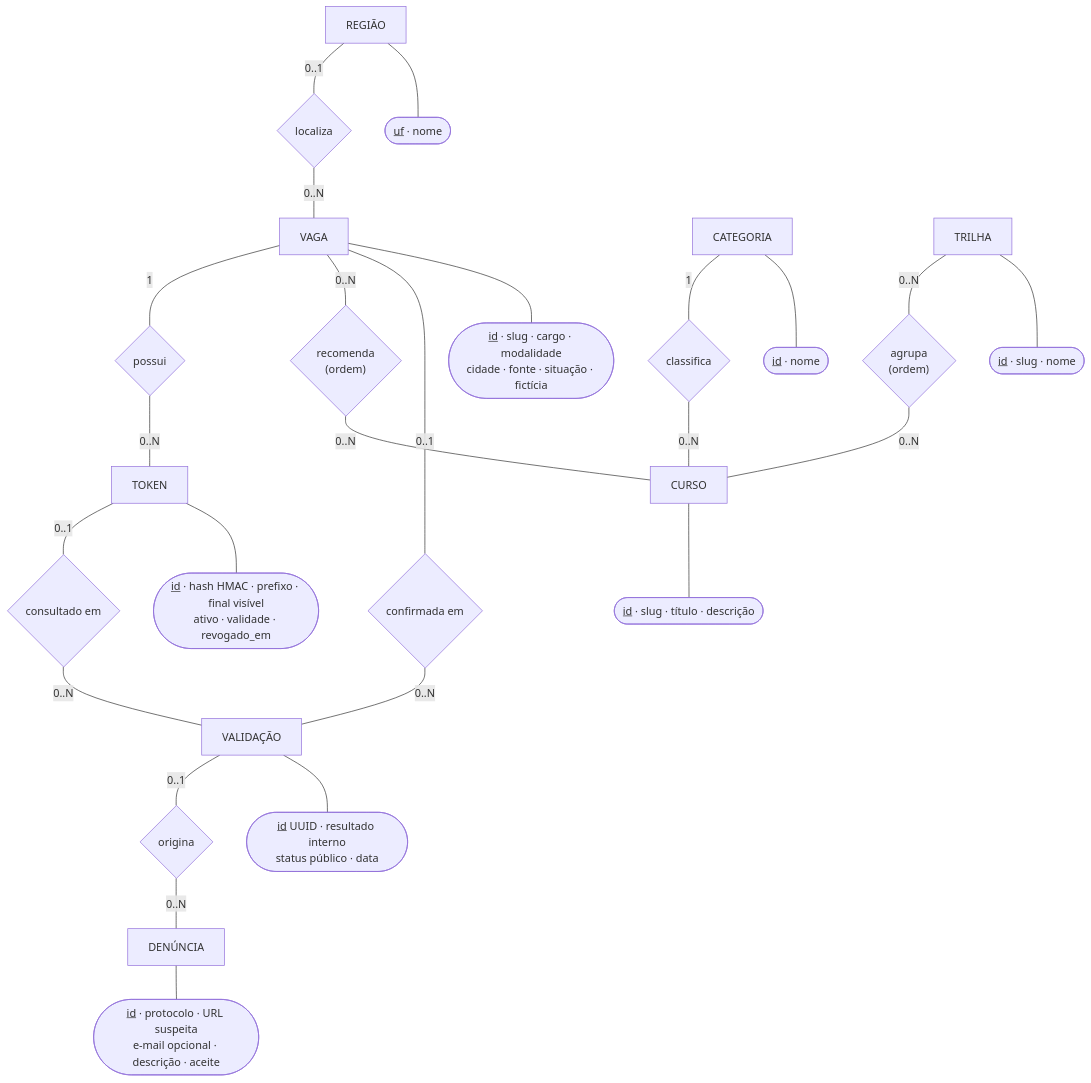
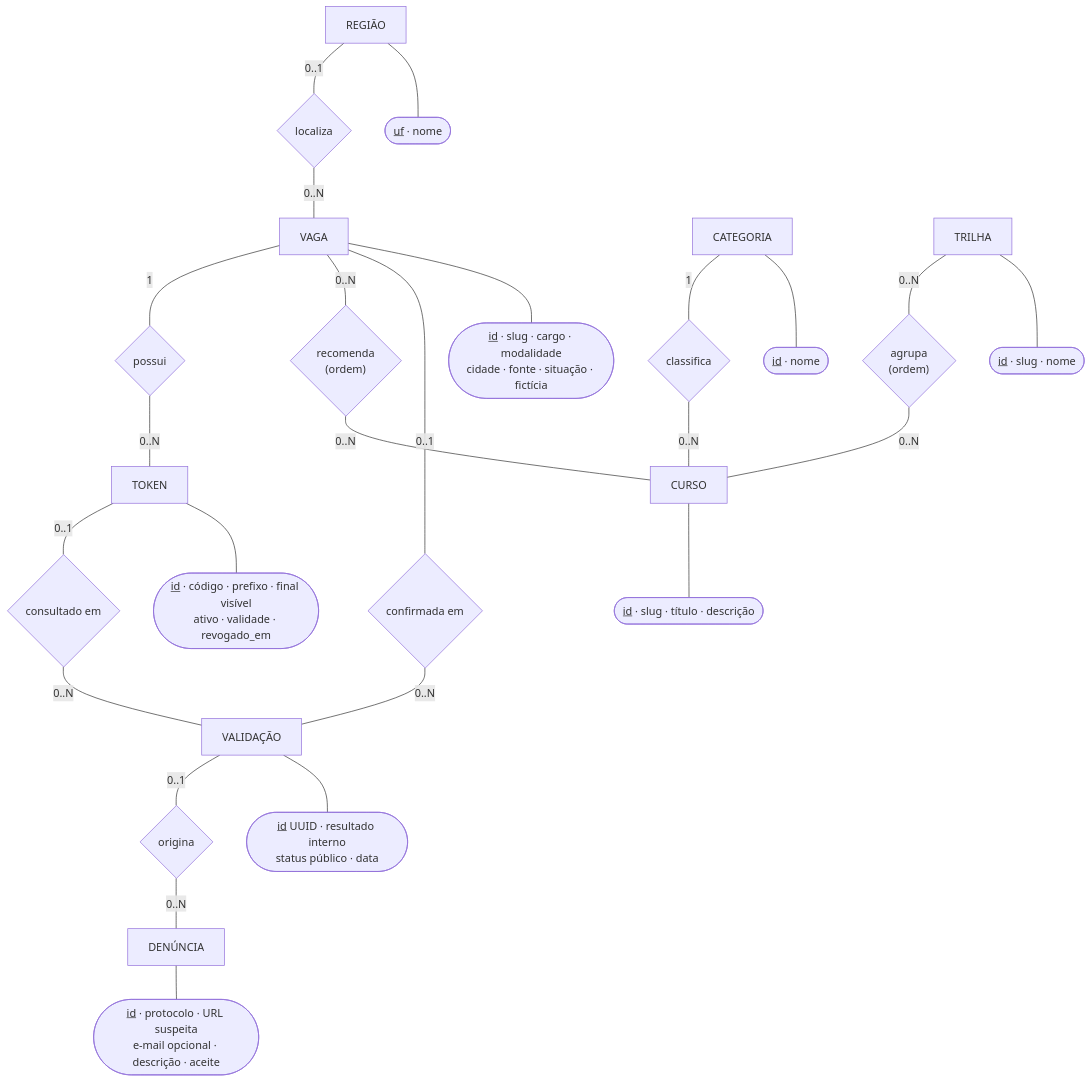
Before and after one commit to Rafael17Wenzel/Antigolpe: the diagram in docs/mer.md, drawn with Mermaid. The commit also changed other lines of this file and 63 other files, not shown here.

````diff
--- a/docs/mer.md
+++ b/docs/mer.md
@@ -11,20 +11,20 @@
 ```mermaid
 flowchart TB
   REG["REGIÃO"] ---|"0..1"| R1{"localiza"} ---|"0..N"| VAG["VAGA"]
   VAG ---|"1"| R2{"possui"} ---|"0..N"| TOK["TOKEN"]
   VAG ---|"0..N"| R3{"recomenda<br/>(ordem)"} ---|"0..N"| CUR["CURSO"]
   CAT["CATEGORIA"] ---|"1"| R4{"classifica"} ---|"0..N"| CUR
   TRI["TRILHA"] ---|"0..N"| R5{"agrupa<br/>(ordem)"} ---|"0..N"| CUR
   TOK ---|"0..1"| R6{"consultado em"} ---|"0..N"| VAL["VALIDAÇÃO"]
   VAG ---|"0..1"| R7{"confirmada em"} ---|"0..N"| VAL
   VAL ---|"0..1"| R8{"origina"} ---|"0..N"| DEN["DENÚNCIA"]
 
   REG --- a1(["<u>uf</u> · nome"])
   VAG --- a2(["<u>id</u> · slug · cargo · modalidade<br/>cidade · fonte · situação · fictícia"])
-  TOK --- a3(["<u>id</u> · hash HMAC · prefixo · final visível<br/>ativo · validade · revogado_em"])
+  TOK --- a3(["<u>id</u> · código · prefixo · final visível<br/>ativo · validade · revogado_em"])
   CUR --- a4(["<u>id</u> · slug · título · descrição"])
   CAT --- a5(["<u>id</u> · nome"])
   TRI --- a6(["<u>id</u> · slug · nome"])
   VAL --- a7(["<u>id</u> UUID · resultado interno<br/>status público · data"])
   DEN --- a8(["<u>id</u> · protocolo · URL suspeita<br/>e-mail opcional · descrição · aceite"])
 ```
````
